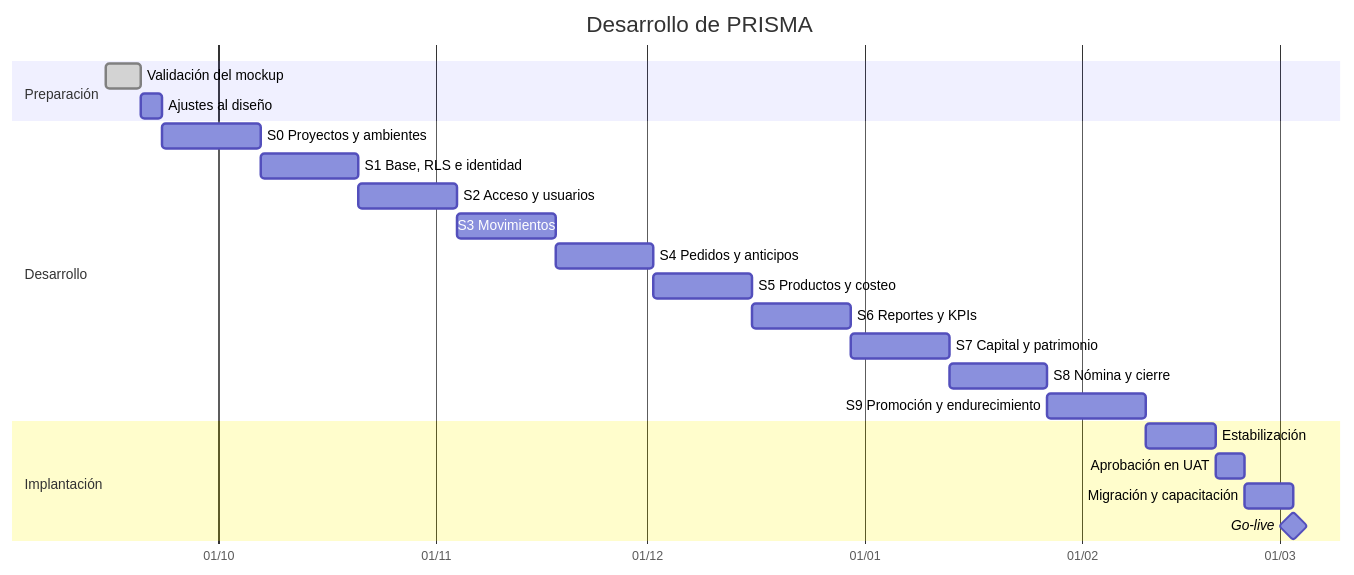
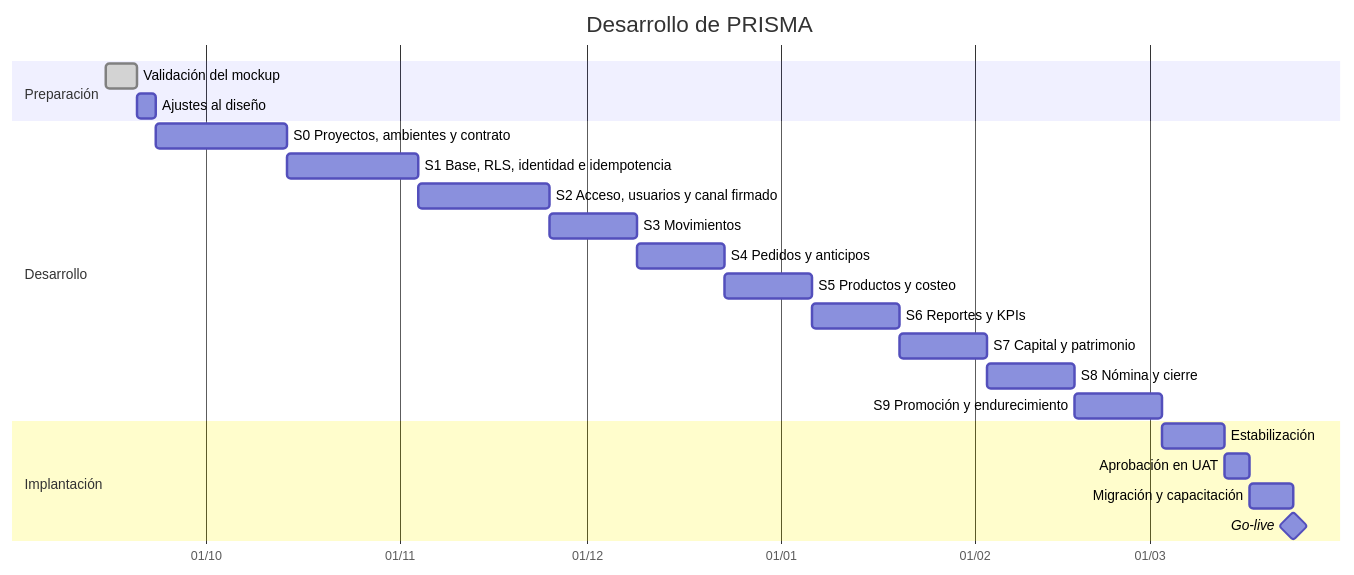
The first of 2 diagrams in docs/08-plan-de-desarrollo.md (Juanchope039/Finanzas-PRISMA), drawn with Mermaid before and after one commit. The commit also changed other lines of this file and 30 other files, not shown here.

````diff
--- a/docs/08-plan-de-desarrollo.md
+++ b/docs/08-plan-de-desarrollo.md
@@ -38,28 +82,28 @@
 ```mermaid
 gantt
     title Desarrollo de PRISMA
     dateFormat YYYY-MM-DD
     axisFormat %d/%m
 
     section Preparación
     Validación del mockup       :done, m1, 2026-09-15, 5d
     Ajustes al diseño           :m2, after m1, 3d
 
     section Desarrollo
-    S0 Proyectos y ambientes    :s0, after m2, 14d
-    S1 Base, RLS e identidad    :s1, after s0, 14d
-    S2 Acceso y usuarios        :s2, after s1, 14d
+    S0 Proyectos, ambientes y contrato :s0, after m2, 21d
+    S1 Base, RLS, identidad e idempotencia :s1, after s0, 21d
+    S2 Acceso, usuarios y canal firmado :s2, after s1, 21d
     S3 Movimientos              :s3, after s2, 14d
     S4 Pedidos y anticipos      :s4, after s3, 14d
     S5 Productos y costeo       :s5, after s4, 14d
     S6 Reportes y KPIs          :s6, after s5, 14d
     S7 Capital y patrimonio     :s7, after s6, 14d
     S8 Nómina y cierre          :s8, after s7, 14d
     S9 Promoción y endurecimiento :s9, after s8, 14d
 
     section Implantación
     Estabilización              :e1, after s9, 10d
     Aprobación en UAT           :e2, after e1, 4d
     Migración y capacitación    :e3, after e2, 7d
     Go-live                     :milestone, after e3, 0d
 ```
````
